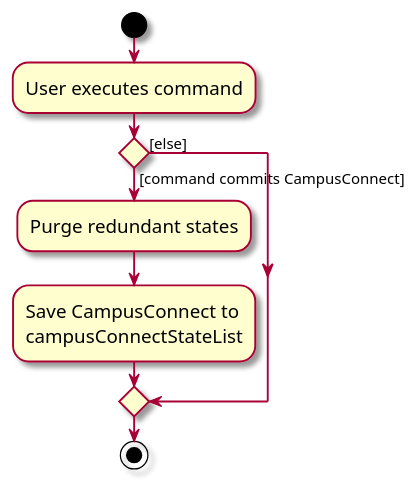
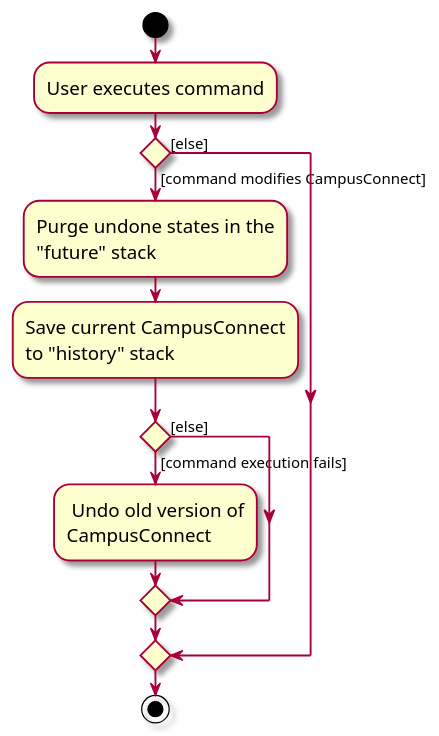
One commit to nus-cs2103-AY2425S1/tp changed the diagram in docs/diagrams/CommitActivityDiagram.puml. Above: the diagram before and after it, drawn with PlantUML. The commit also changed 4 other files, not shown here.

Commit message:
Correct bugs in UndoCommand

```diff
--- a/docs/diagrams/CommitActivityDiagram.puml
+++ b/docs/diagrams/CommitActivityDiagram.puml
@@ -1,18 +1,24 @@
 @startuml
 skin rose
 skinparam ActivityFontSize 15
 skinparam ArrowFontSize 12
 start
 :User executes command;
 
 'Since the beta syntax does not support placing the condition outside the
 'diamond we place it as the true branch instead.
 
-if () then ([command commits CampusConnect])
-    :Purge redundant states;
-    :Save CampusConnect to
-    campusConnectStateList;
+if () then ([command modifies CampusConnect])
+    :Purge undone states in the
+    "future" stack;
+    :Save current CampusConnect
+    to "history" stack;
+    if () then ([command execution fails])
+    : Undo old version of
+    CampusConnect;
+    else ([else])
+    endif
 else ([else])
 endif
 stop
 @enduml
```
